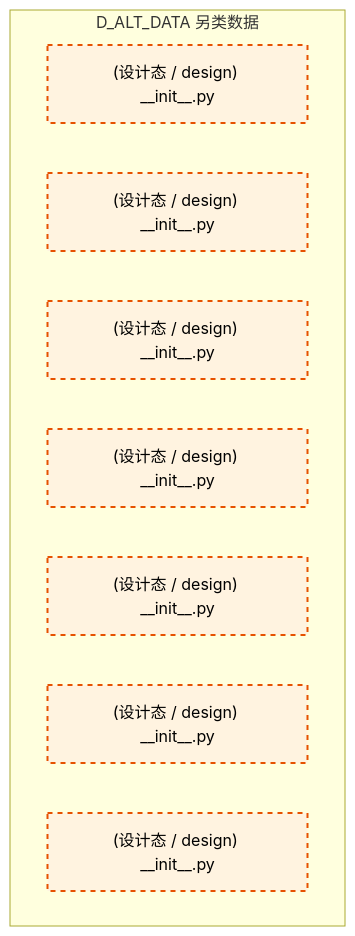
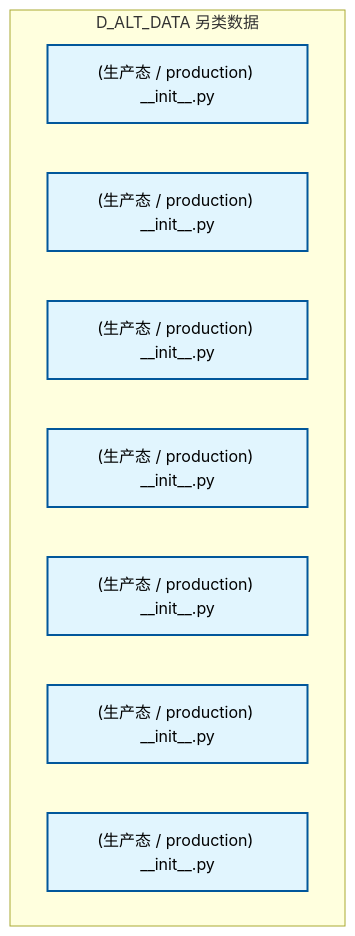
One commit to xuanFelixVan/ZephyrAlpha changed the first of 2 diagrams in docs/02_enterprise_architecture/02_domain_architecture_docs/06_d_alt_data.md. Above: the diagram before and after it, drawn with Mermaid. The commit also changed other lines of this file and 128 other files, not shown here.

````diff
--- a/docs/02_enterprise_architecture/02_domain_architecture_docs/06_d_alt_data.md
+++ b/docs/02_enterprise_architecture/02_domain_architecture_docs/06_d_alt_data.md
@@ -68,17 +67,17 @@
 ```mermaid
 graph TD
     subgraph D_ALT_DATA["D_ALT_DATA 另类数据"]
-        src_zephyr_alt_data_init_py["(设计态 / design) __init__.py"]
-        src_zephyr_alt_data_extensions_init_py["(设计态 / design) __init__.py"]
-        src_zephyr_alt_data_api_init_py["(设计态 / design) __init__.py"]
-        src_zephyr_alt_data_core_init_py["(设计态 / design) __init__.py"]
-        src_zephyr_alt_data_infrastructure_init_py["(设计态 / design) __init__.py"]
-        src_zephyr_alt_data_models_init_py["(设计态 / design) __init__.py"]
-        src_zephyr_alt_data_services_init_py["(设计态 / design) __init__.py"]
+        src_zephyr_alt_data_init_py["(生产态 / production) __init__.py"]
+        src_zephyr_alt_data_extensions_init_py["(生产态 / production) __init__.py"]
+        src_zephyr_alt_data_api_init_py["(生产态 / production) __init__.py"]
+        src_zephyr_alt_data_core_init_py["(生产态 / production) __init__.py"]
+        src_zephyr_alt_data_infrastructure_init_py["(生产态 / production) __init__.py"]
+        src_zephyr_alt_data_models_init_py["(生产态 / production) __init__.py"]
+        src_zephyr_alt_data_services_init_py["(生产态 / production) __init__.py"]
     end
     classDef production fill:#e1f5fe,stroke:#01579b,stroke-width:2px,color:#000
     classDef design fill:#fff3e0,stroke:#e65100,stroke-width:2px,color:#000,stroke-dasharray: 5 5
     classDef external_prod fill:#e8f5e9,stroke:#1b5e20,stroke-width:1px,color:#000
     classDef external_design fill:#fce4ec,stroke:#880e4f,stroke-width:1px,color:#000,stroke-dasharray: 5 5
-    class src_zephyr_alt_data_init_py,src_zephyr_alt_data_extensions_init_py,src_zephyr_alt_data_api_init_py,src_zephyr_alt_data_core_init_py,src_zephyr_alt_data_infrastructure_init_py,src_zephyr_alt_data_models_init_py,src_zephyr_alt_data_services_init_py design
+    class src_zephyr_alt_data_init_py,src_zephyr_alt_data_extensions_init_py,src_zephyr_alt_data_api_init_py,src_zephyr_alt_data_core_init_py,src_zephyr_alt_data_infrastructure_init_py,src_zephyr_alt_data_models_init_py,src_zephyr_alt_data_services_init_py production
 ```
````
